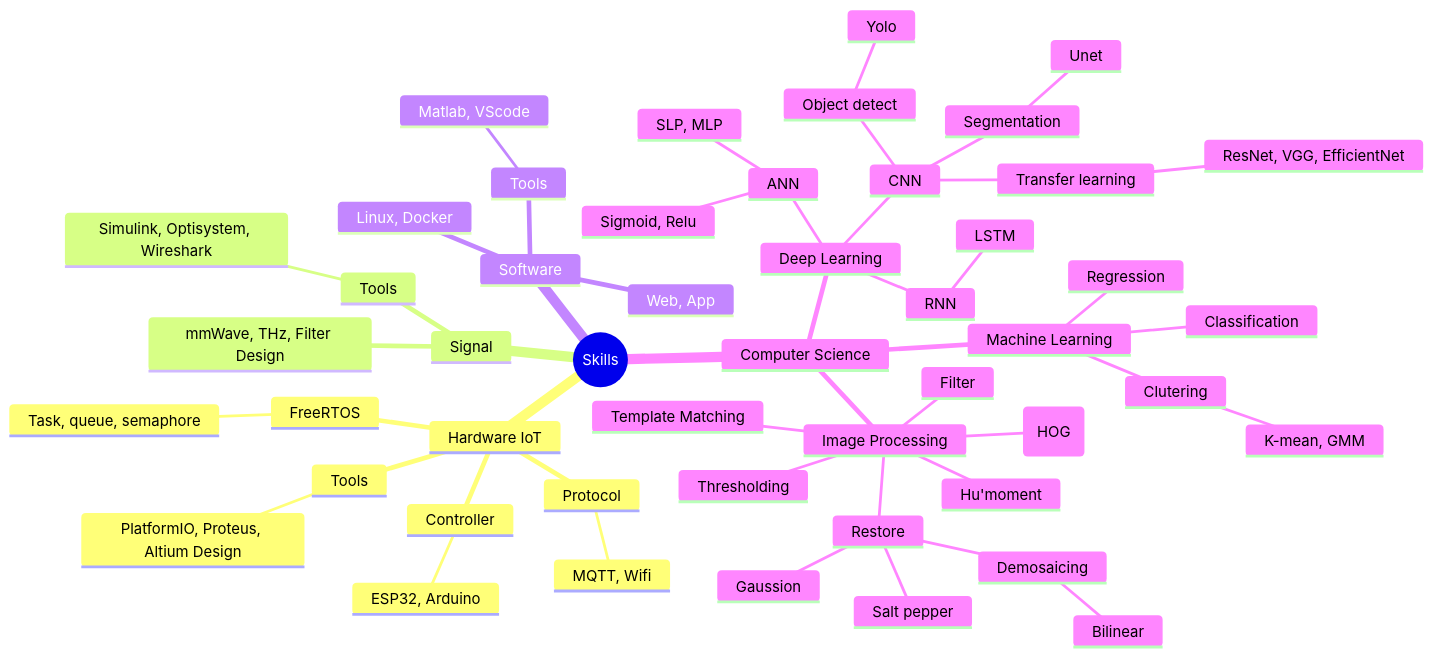
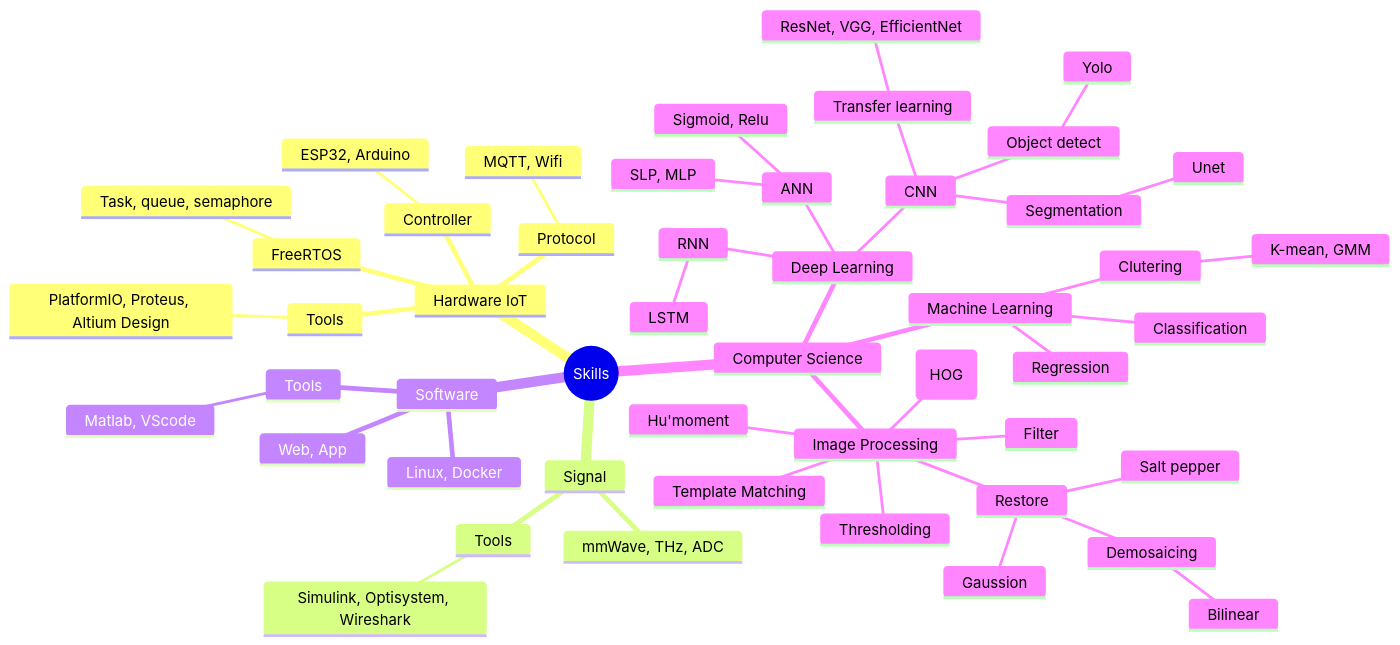
Before and after one commit to bathanh0309/bathanh0309: the diagram in README.md, drawn with Mermaid.

````diff
--- a/README.md
+++ b/README.md
@@ -140,52 +140,52 @@
 ```mermaid
 mindmap
   root((Skills))
     Hardware IoT
       Protocol
         MQTT, Wifi
       Controller
         ESP32, Arduino
       FreeRTOS
         Task, queue, semaphore
       Tools
         PlatformIO, Proteus, Altium Design
     Signal
-      mmWave, THz, Filter Design
+      mmWave, THz, ADC
       Tools
         Simulink, Optisystem, Wireshark
     Software
       Tools
         Matlab, VScode
       Linux, Docker
       Web, App
     Computer Science
       Machine Learning
         Classification
         Regression
         Clutering
           K-mean, GMM
       Deep Learning
         ANN
           SLP, MLP
           Sigmoid, Relu
         CNN
           Segmentation
             Unet
           Object detect
             Yolo
           Transfer learning
             ResNet, VGG, EfficientNet
         RNN
           LSTM
       Image Processing
         Histogram (HOG)
         Hu'moment
         Thresholding
         Template Matching
         Filter
         Restore
           Gaussion
           Salt pepper
           Demosaicing
             Bilinear
 ```
````
